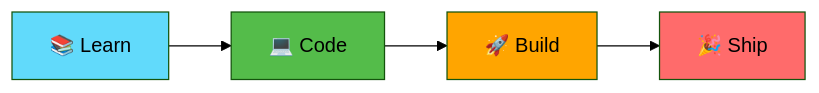
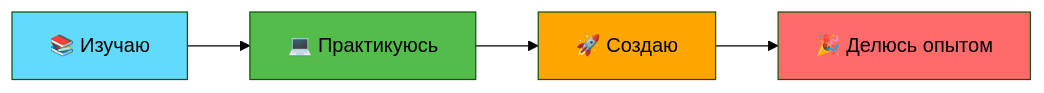
One commit to drunkody/textarea-fullscreen-extension changed the third of 3 diagrams in slides/00-1-about-me.md. Above: the diagram before and after it, drawn with Mermaid (forest theme). The commit also changed other lines of this file and 22 other files, not shown here.

````diff
--- a/slides/00-1-about-me.md
+++ b/slides/00-1-about-me.md
@@ -123,11 +140,11 @@
 ```mermaid
 graph LR
-    A[📚 Learn] --> B[💻 Code]
-    B --> C[🚀 Build]
-    C --> D[🎉 Ship]
+    A[📚 Изучаю] --> B[💻 Практикуюсь]
+    B --> C[🚀 Создаю]
+    C --> D[🎉 Делюсь опытом]
     
     style A fill:#61dafb
     style B fill:#54bc4a
     style C fill:#ffa500
     style D fill:#ff6b6b
 ```
````
